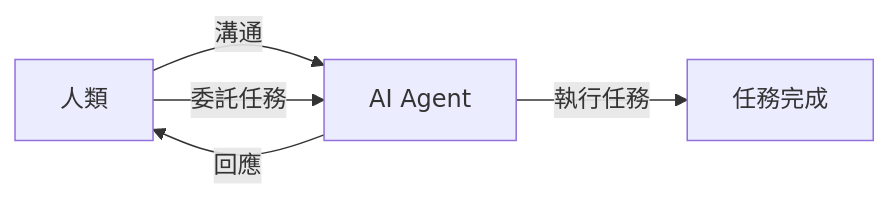
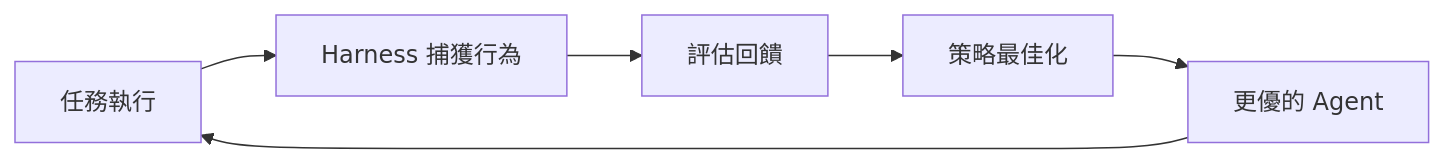
The second of 2 diagrams in src/content/posts/tech/2026-04-23-ai-agent.md (a920604a/engineernews), drawn with Mermaid before and after one commit. The commit also changed other lines of this file and 468 other files, not shown here.

````diff
--- a/src/content/posts/tech/2026-04-23-ai-agent.md
+++ b/src/content/posts/tech/2026-04-23-ai-agent.md
@@ -22,7 +148,8 @@
 ```mermaid
 graph LR
-    A[人類] -->|"溝通"| B[AI Agent]
-    B -->|"回應"| A
-    A -->|"委託任務"| B
-    B -->|"執行任務"| C[任務完成]
+    A[任務執行] --> B[Harness 捕獲行為]
+    B --> C[評估回饋]
+    C --> D[策略最佳化]
+    D --> E[更優的 Agent]
+    E --> A
 ```
````
